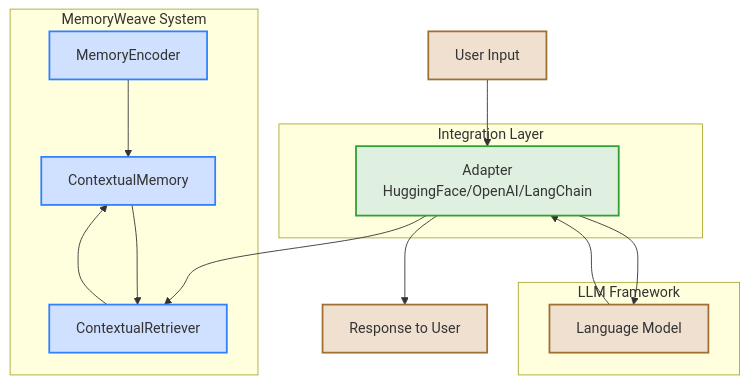
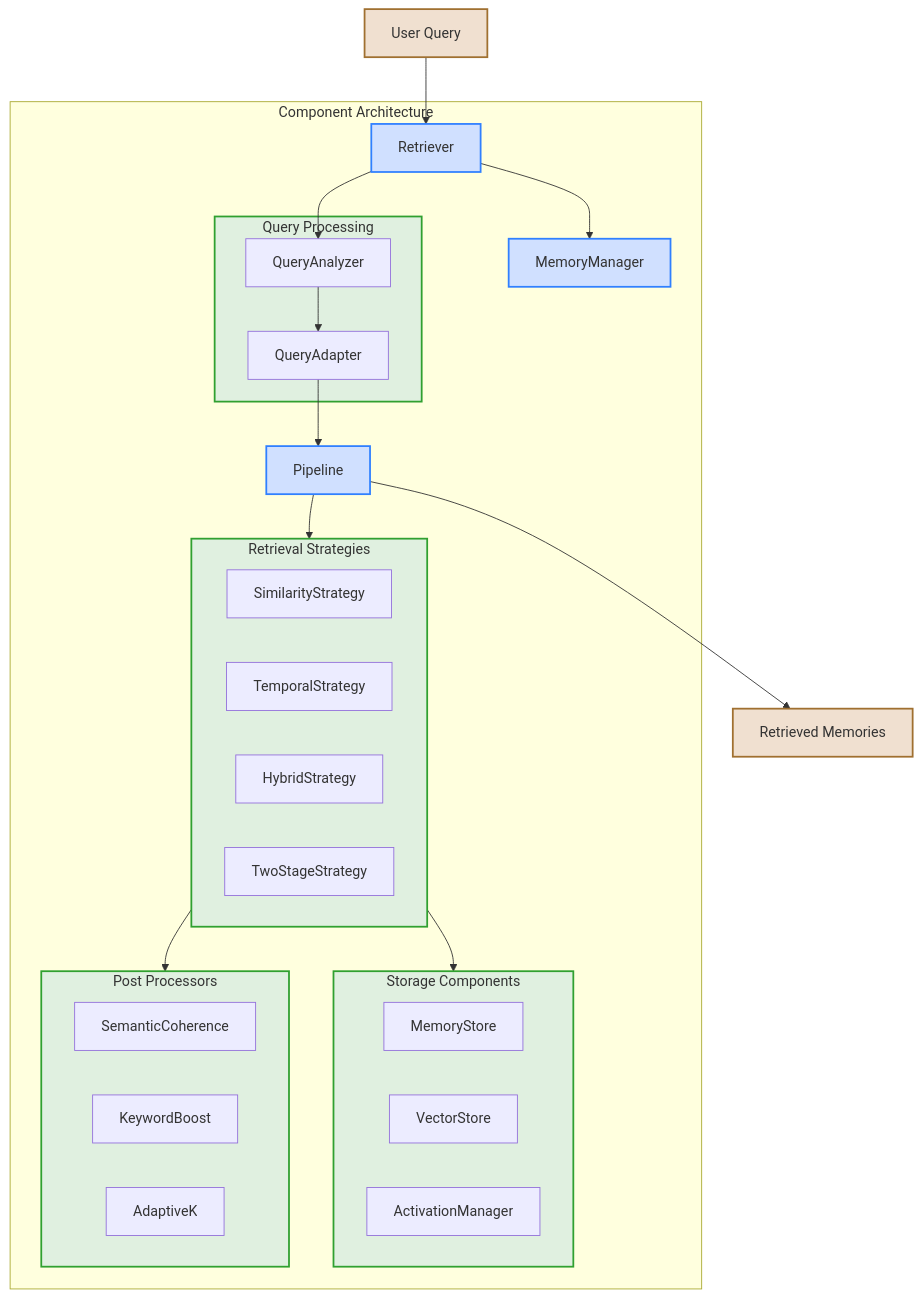
The second of 4 diagrams in README.md (jamestexas/memoryweave), drawn with Mermaid before and after one commit. The commit also changed other lines of this file and 7 other files, not shown here.

First line of the commit message:
refactor: improve component architecture and add benchmarks

````diff
--- a/README.md
+++ b/README.md
@@ -65,33 +110,50 @@
 ```mermaid
 flowchart TD
-    subgraph MemoryWeave[MemoryWeave System]
-        Memory[ContextualMemory]
-        Encoder[MemoryEncoder]
-        Retriever[ContextualRetriever]
+    subgraph MemoryWeave[Component Architecture]
+        MemMgr[MemoryManager]
+        Retriever[Retriever]
+        Pipeline[Pipeline]
+        
+        subgraph Storage[Storage Components]
+            MemStore[MemoryStore]
+            VecStore[VectorStore]
+            ActMgr[ActivationManager]
+        end
+        
+        subgraph QueryProcessing[Query Processing]
+            QAnalyzer[QueryAnalyzer]
+            QAdapter[QueryAdapter]
+        end
+        
+        subgraph RetrievalStrategies[Retrieval Strategies]
+            SimStrat[SimilarityStrategy]
+            TempStrat[TemporalStrategy]
+            HybridStrat[HybridStrategy]
+            TwoStageStrat[TwoStageStrategy]
+        end
+        
+        subgraph PostProcessing[Post Processors]
+            SemCoh[SemanticCoherence]
+            KeyBoost[KeywordBoost]
+            AdaptiveK[AdaptiveK]
+        end
     end
     
-    subgraph Integration[Integration Layer]
-        Adapter[Adapter\nHuggingFace/OpenAI/LangChain]
-    end
-    
-    subgraph LLM[LLM Framework]
-        Model[Language Model]
-    end
-    
-    User[User Input] --> Adapter
-    Adapter --> Model
-    Adapter --> Retriever
-    Retriever --> Memory
-    Memory --> Retriever
-    Encoder --> Memory
-    Model --> Adapter
-    Adapter --> Response[Response to User]
+    User[User Query] --> Retriever
+    Retriever --> MemMgr
+    Retriever --> QAnalyzer
+    QAnalyzer --> QAdapter
+    QAdapter --> Pipeline
+    Pipeline --> RetrievalStrategies
+    RetrievalStrategies --> Storage
+    RetrievalStrategies --> PostProcessing
+    Pipeline --> Results[Retrieved Memories]
     
     classDef primary fill:#d0e0ff,stroke:#3080ff,stroke-width:2px
     classDef secondary fill:#e0f0e0,stroke:#30a030,stroke-width:2px
     classDef external fill:#f0e0d0,stroke:#a07030,stroke-width:2px
     
-    class Memory,Retriever,Encoder primary
-    class Adapter secondary
-    class User,Model,Response external
+    class MemMgr,Retriever,Pipeline primary
+    class Storage,QueryProcessing,RetrievalStrategies,PostProcessing secondary
+    class User,Results external
 ```
````
